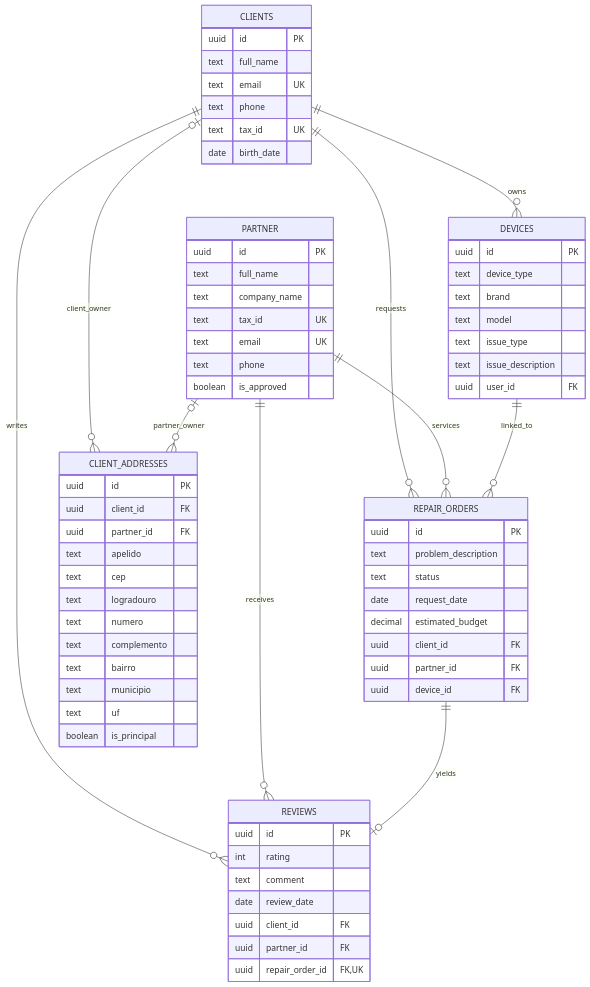
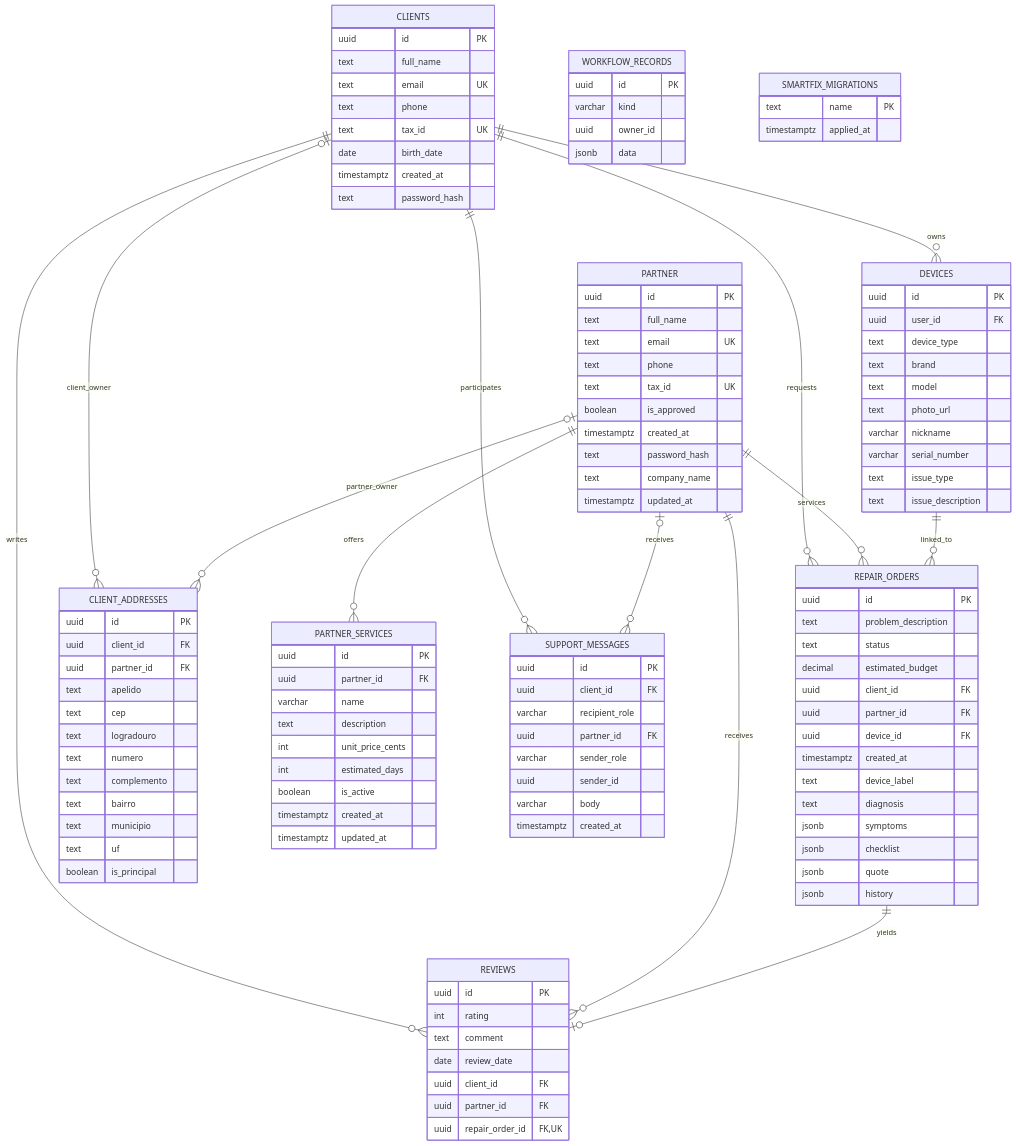
One commit to GeanAbreu/SmartFix changed the diagram in Database/DER.md. Above: the diagram before and after it, drawn with Mermaid. The commit also changed other lines of this file and 9 other files, not shown here.

Commit message:
refactor: alinha DER ao schema do Supabase

````diff
--- a/Database/DER.md
+++ b/Database/DER.md
@@ -16,6 +16,9 @@
     REPAIR_ORDERS ||--o| REVIEWS : yields
     CLIENTS o|--o{ CLIENT_ADDRESSES : client_owner
     PARTNER o|--o{ CLIENT_ADDRESSES : partner_owner
+    PARTNER ||--o{ PARTNER_SERVICES : offers
+    CLIENTS ||--o{ SUPPORT_MESSAGES : participates
+    PARTNER o|--o{ SUPPORT_MESSAGES : receives
 
     CLIENTS {
         uuid id PK
@@ -24,34 +27,48 @@
         text phone
         text tax_id UK
         date birth_date
+        timestamptz created_at
+        text password_hash
     }
     PARTNER {
         uuid id PK
         text full_name
-        text company_name
-        text tax_id UK
         text email UK
         text phone
+        text tax_id UK
         boolean is_approved
+        timestamptz created_at
+        text password_hash
+        text company_name
+        timestamptz updated_at
     }
     DEVICES {
         uuid id PK
+        uuid user_id FK
         text device_type
         text brand
         text model
+        text photo_url
+        varchar nickname
+        varchar serial_number
         text issue_type
         text issue_description
-        uuid user_id FK
     }
     REPAIR_ORDERS {
         uuid id PK
         text problem_description
         text status
-        date request_date
         decimal estimated_budget
         uuid client_id FK
         uuid partner_id FK
         uuid device_id FK
+        timestamptz created_at
+        text device_label
+        text diagnosis
+        jsonb symptoms
+        jsonb checklist
+        jsonb quote
+        jsonb history
     }
     REVIEWS {
         uuid id PK
@@ -76,4 +93,35 @@
         text uf
         boolean is_principal
     }
+    PARTNER_SERVICES {
+        uuid id PK
+        uuid partner_id FK
+        varchar name
+        text description
+        int unit_price_cents
+        int estimated_days
+        boolean is_active
+        timestamptz created_at
+        timestamptz updated_at
+    }
+    WORKFLOW_RECORDS {
+        uuid id PK
+        varchar kind
+        uuid owner_id
+        jsonb data
+    }
+    SUPPORT_MESSAGES {
+        uuid id PK
+        uuid client_id FK
+        varchar recipient_role
+        uuid partner_id FK
+        varchar sender_role
+        uuid sender_id
+        varchar body
+        timestamptz created_at
+    }
+    SMARTFIX_MIGRATIONS {
+        text name PK
+        timestamptz applied_at
+    }
 ```
````
